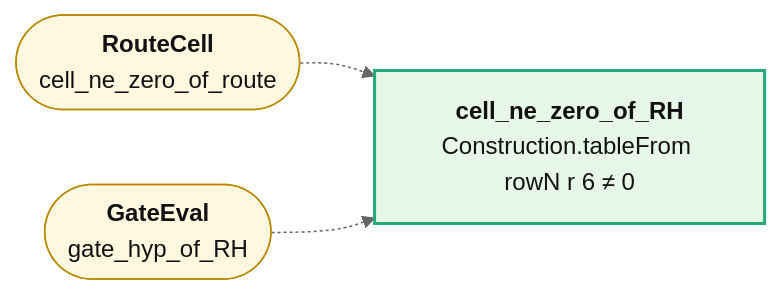
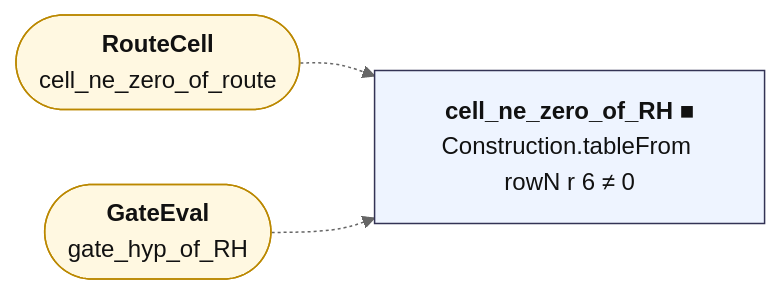
One commit to juliansambranojr/Primebeat_081426 changed the diagram in map/lean_stage3/TableRoute.md. Above: the diagram before and after it, drawn with Mermaid (neutral theme). The commit also changed other lines of this file and 398 other files, not shown here.

````diff
--- a/map/lean_stage3/TableRoute.md
+++ b/map/lean_stage3/TableRoute.md
@@ -12,13 +12,16 @@
 ```mermaid
 flowchart LR
-  n0["<b>cell_ne_zero_of_RH</b><br/>Construction.tableFrom rowN r 6 ≠ 0"]:::end_
+  n0["<b>cell_ne_zero_of_RH ■</b><br/>Construction.tableFrom rowN r 6 ≠ 0"]:::thm
   x0(["<b>RouteCell</b><br/>cell_ne_zero_of_route"]):::ext
   x1(["<b>GateEval</b><br/>gate_hyp_of_RH"]):::ext
   x0 -.-> n0
   x1 -.-> n0
+  classDef cnt fill:#dff5ec,stroke:#17694a,color:#111
+  classDef shp fill:#f1ecfb,stroke:#5b3fa0,color:#111
+  classDef rh fill:#ffe5e5,stroke:#c22,color:#111,stroke-width:2px
   classDef thm fill:#eef4ff,stroke:#335,color:#111
   classDef end_ fill:#e7f7e7,stroke:#2a7,color:#111,stroke-width:2px
   classDef lone fill:#fff,stroke:#999,color:#111,stroke-dasharray:4 3
   classDef bad fill:#ffe5e5,stroke:#c22,color:#111,stroke-width:2px
   classDef ext fill:#fff8e1,stroke:#b80,color:#111
 ```
````
